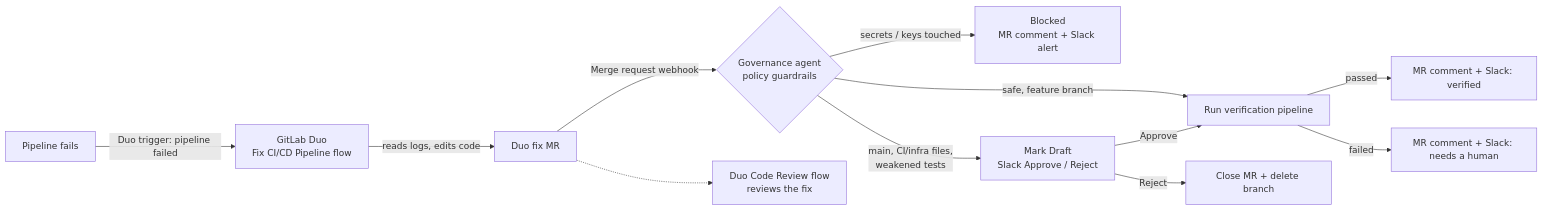
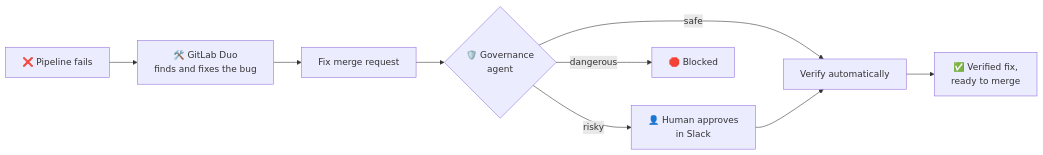
The diagram in README.md (praveendataguy/selfheal-agent), drawn with Mermaid before and after one commit. The commit also changed other lines of this file and 1 other file, not shown here.

````diff
--- a/README.md
+++ b/README.md
@@ -11,14 +26,11 @@
 ```mermaid
 flowchart LR
-  F[Pipeline fails] -->|Duo trigger: pipeline failed| D[GitLab Duo<br/>Fix CI/CD Pipeline flow]
-  D -->|reads logs, edits code| MR[Duo fix MR]
-  MR -->|Merge request webhook| G{Governance agent<br/>policy guardrails}
-  G -->|secrets / keys touched| B[Blocked<br/>MR comment + Slack alert]
-  G -->|safe, feature branch| V[Run verification pipeline]
-  G -->|main, CI/infra files,<br/>weakened tests| A[Mark Draft<br/>Slack Approve / Reject]
-  A -->|Approve| V
-  A -->|Reject| C[Close MR + delete branch]
-  V -->|passed| OK[MR comment + Slack: verified]
-  V -->|failed| H[MR comment + Slack: needs a human]
-  MR -.-> R[Duo Code Review flow<br/>reviews the fix]
+  F[❌ Pipeline fails] --> D[🛠️ GitLab Duo<br/>finds and fixes the bug]
+  D --> MR[Fix merge request]
+  MR --> G{🛡️ Governance<br/>agent}
+  G -->|safe| V[Verify automatically]
+  G -->|risky| H[👤 Human approves<br/>in Slack]
+  G -->|dangerous| B[🛑 Blocked]
+  H --> V
+  V --> OK[✅ Verified fix,<br/>ready to merge]
 ```
````
